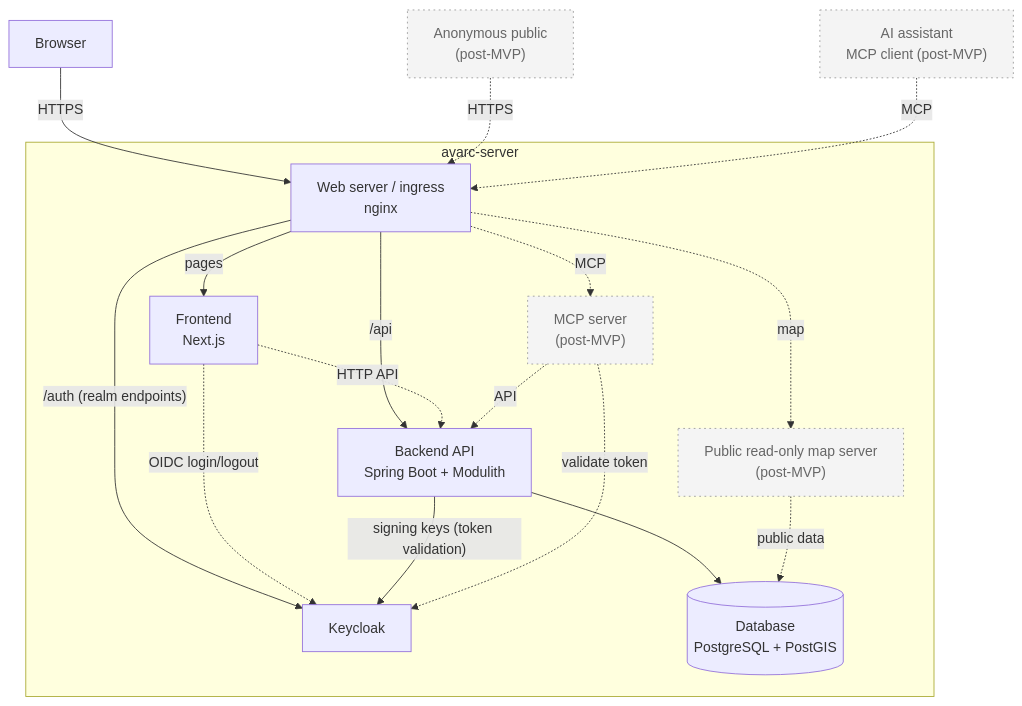
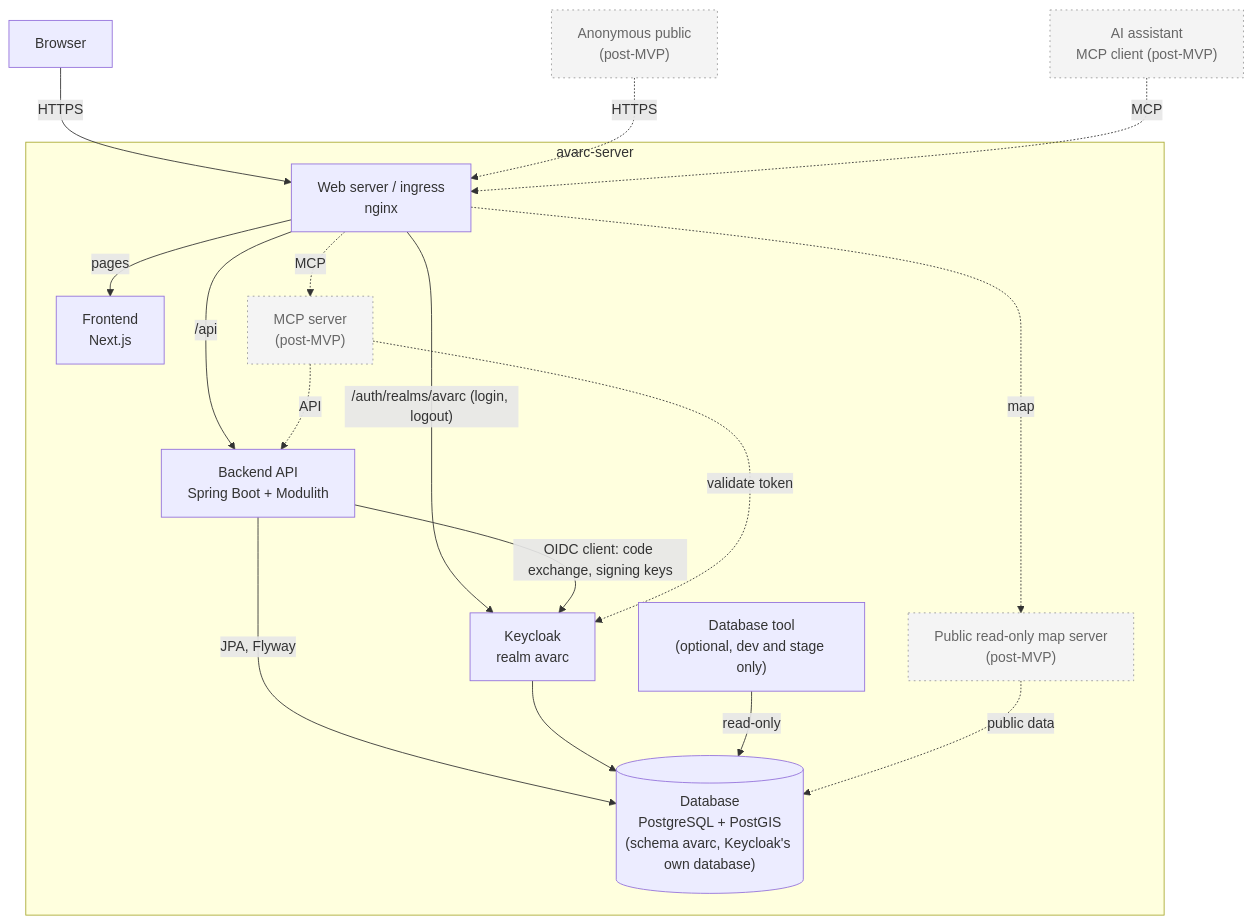
The diagram in spec/architecture-diagram.md (avarcorg/avarc-server), drawn with Mermaid before and after one commit. The commit also changed other lines of this file, not shown here.

Commit message:
Recreate the architecture diagram from the current specs (AVARC-1)
The backend is the OIDC client, so the frontend no longer talks to Keycloak; the ingress routes only the avarc realm. Add the database schemas, Keycloak's database and the optional database tool.

````diff
--- a/spec/architecture-diagram.md
+++ b/spec/architecture-diagram.md
@@ -11,37 +12,38 @@
 ```mermaid
 flowchart TB
     Browser[Browser]
     AIClient["AI assistant<br/>MCP client (post-MVP)"]
 
     subgraph Server["avarc-server"]
         Ingress["Web server / ingress<br/>nginx"]
         Frontend["Frontend<br/>Next.js"]
         Backend["Backend API<br/>Spring Boot + Modulith"]
-        Keycloak["Keycloak"]
+        Keycloak["Keycloak<br/>realm avarc"]
         MapServer["Public read-only map server<br/>(post-MVP)"]
         MCP["MCP server<br/>(post-MVP)"]
-        DB[("Database<br/>PostgreSQL + PostGIS")]
+        DB[("Database<br/>PostgreSQL + PostGIS<br/>(schema avarc, Keycloak's own database)")]
+        DBTool["Database tool<br/>(optional, dev and stage only)"]
     end
 
     Browser -- "HTTPS" --> Ingress
     Ingress -- "pages" --> Frontend
     Ingress -- "/api" --> Backend
-    Ingress -- "/auth (realm endpoints)" --> Keycloak
-    Frontend -. "HTTP API" .-> Backend
-    Frontend -. "OIDC login/logout" .-> Keycloak
-    Backend -- "signing keys (token validation)" --> Keycloak
-    Backend --> DB
+    Ingress -- "/auth/realms/avarc (login, logout)" --> Keycloak
+    Backend -- "OIDC client: code exchange, signing keys" --> Keycloak
+    Backend -- "JPA, Flyway" --> DB
+    Keycloak --> DB
+    DBTool -- "read-only" --> DB
     Anonymous["Anonymous public<br/>(post-MVP)"]
     Anonymous -. "HTTPS" .-> Ingress
     Ingress -. "map" .-> MapServer
     MapServer -. "public data" .-> DB
     AIClient -. "MCP" .-> Ingress
     Ingress -. "MCP" .-> MCP
     MCP -. "API" .-> Backend
     MCP -. "validate token" .-> Keycloak
 
     classDef undecided stroke-dasharray: 5 5;
 
     classDef postmvp stroke-dasharray: 2 4,fill:#f4f4f4,stroke:#999,color:#666;
     class AIClient,MCP,MapServer,Anonymous postmvp;
 ```
````
